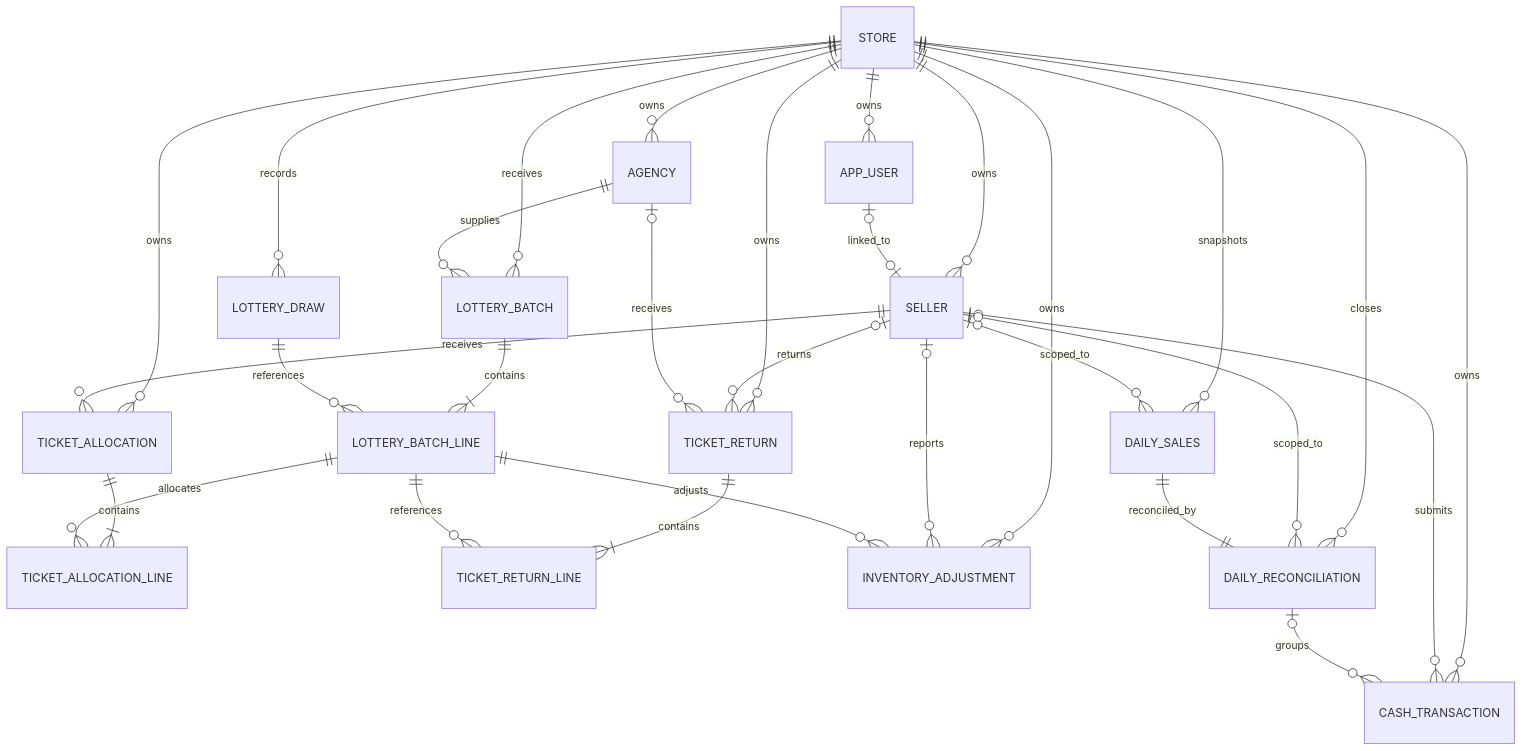
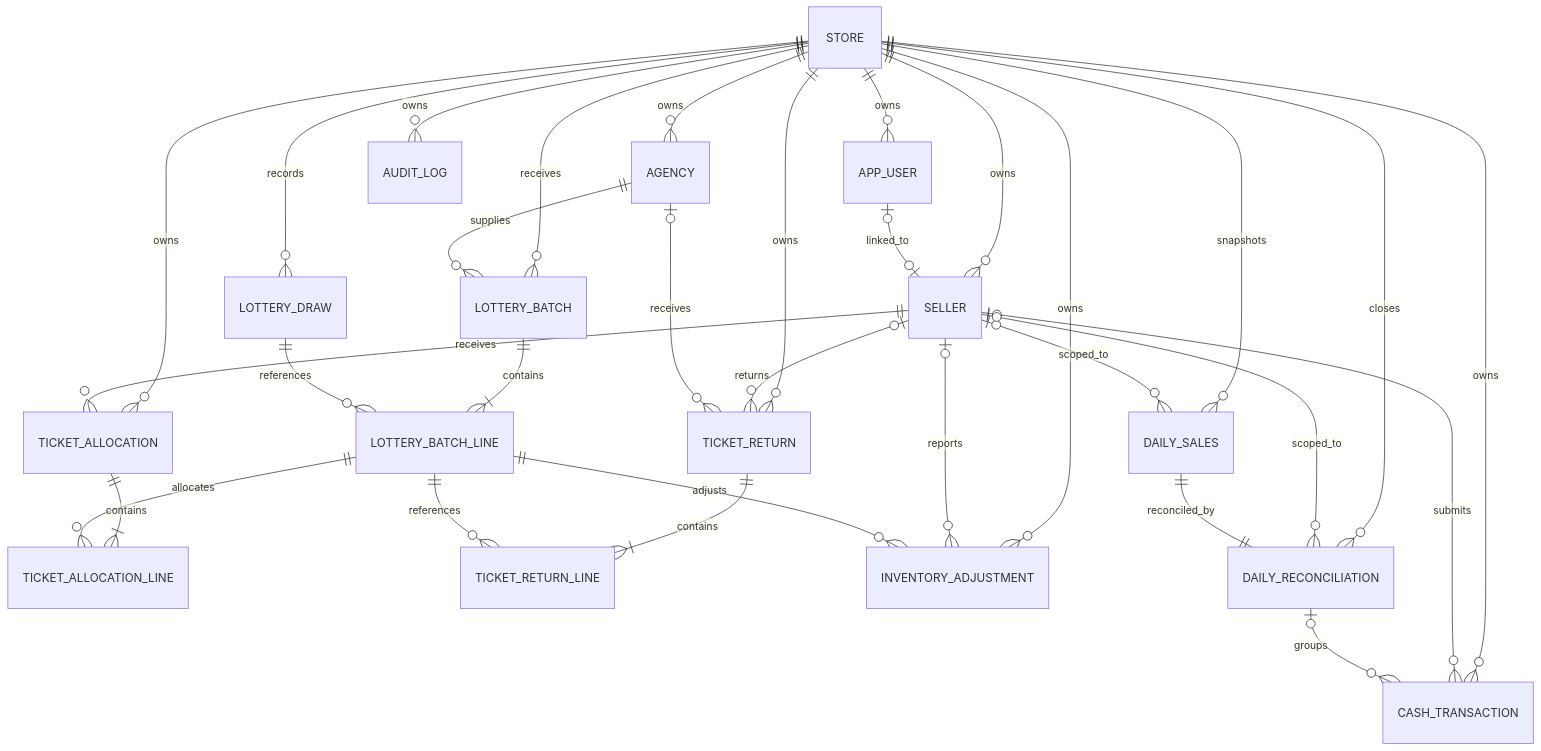
One commit to Tam-Lottery-Retail/TamLottery changed the second of 3 diagrams in README.md. Above: the diagram before and after it, drawn with Mermaid. The commit also changed other lines of this file and 24 other files, not shown here.

Commit message:
feat: add audit log

````diff
--- a/README.md
+++ b/README.md
@@ -55,38 +59,39 @@
 ```mermaid
 erDiagram
     STORE ||--o{ APP_USER : owns
     STORE ||--o{ SELLER : owns
     STORE ||--o{ AGENCY : owns
     APP_USER o|--o| SELLER : linked_to
 
     STORE ||--o{ LOTTERY_DRAW : records
     STORE ||--o{ LOTTERY_BATCH : receives
     AGENCY ||--o{ LOTTERY_BATCH : supplies
     LOTTERY_BATCH ||--|{ LOTTERY_BATCH_LINE : contains
     LOTTERY_DRAW ||--o{ LOTTERY_BATCH_LINE : references
 
     STORE ||--o{ TICKET_ALLOCATION : owns
     SELLER ||--o{ TICKET_ALLOCATION : receives
     TICKET_ALLOCATION ||--|{ TICKET_ALLOCATION_LINE : contains
     LOTTERY_BATCH_LINE ||--o{ TICKET_ALLOCATION_LINE : allocates
 
     STORE ||--o{ TICKET_RETURN : owns
     SELLER o|--o{ TICKET_RETURN : returns
     AGENCY o|--o{ TICKET_RETURN : receives
     TICKET_RETURN ||--|{ TICKET_RETURN_LINE : contains
     LOTTERY_BATCH_LINE ||--o{ TICKET_RETURN_LINE : references
 
     STORE ||--o{ INVENTORY_ADJUSTMENT : owns
     SELLER o|--o{ INVENTORY_ADJUSTMENT : reports
     LOTTERY_BATCH_LINE ||--o{ INVENTORY_ADJUSTMENT : adjusts
 
     STORE ||--o{ CASH_TRANSACTION : owns
     SELLER o|--o{ CASH_TRANSACTION : submits
     DAILY_RECONCILIATION o|--o{ CASH_TRANSACTION : groups
 
     STORE ||--o{ DAILY_SALES : snapshots
     STORE ||--o{ DAILY_RECONCILIATION : closes
+    STORE ||--o{ AUDIT_LOG : owns
     SELLER o|--o{ DAILY_SALES : scoped_to
     SELLER o|--o{ DAILY_RECONCILIATION : scoped_to
     DAILY_SALES ||--|| DAILY_RECONCILIATION : reconciled_by
 ```
````
